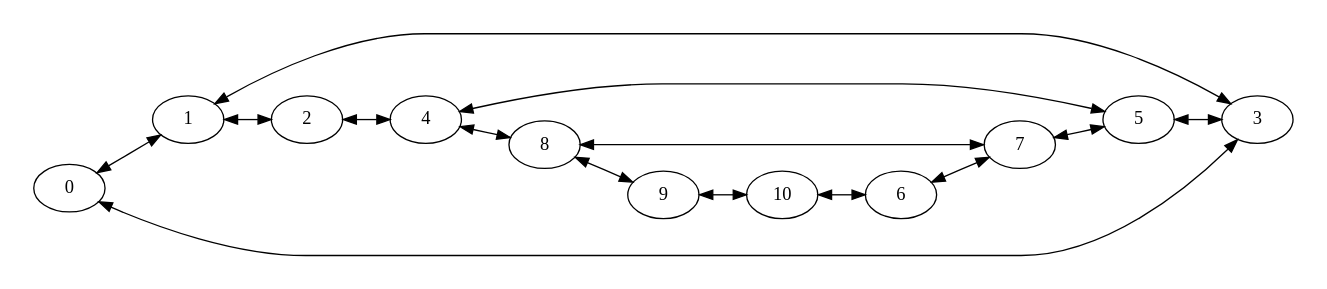
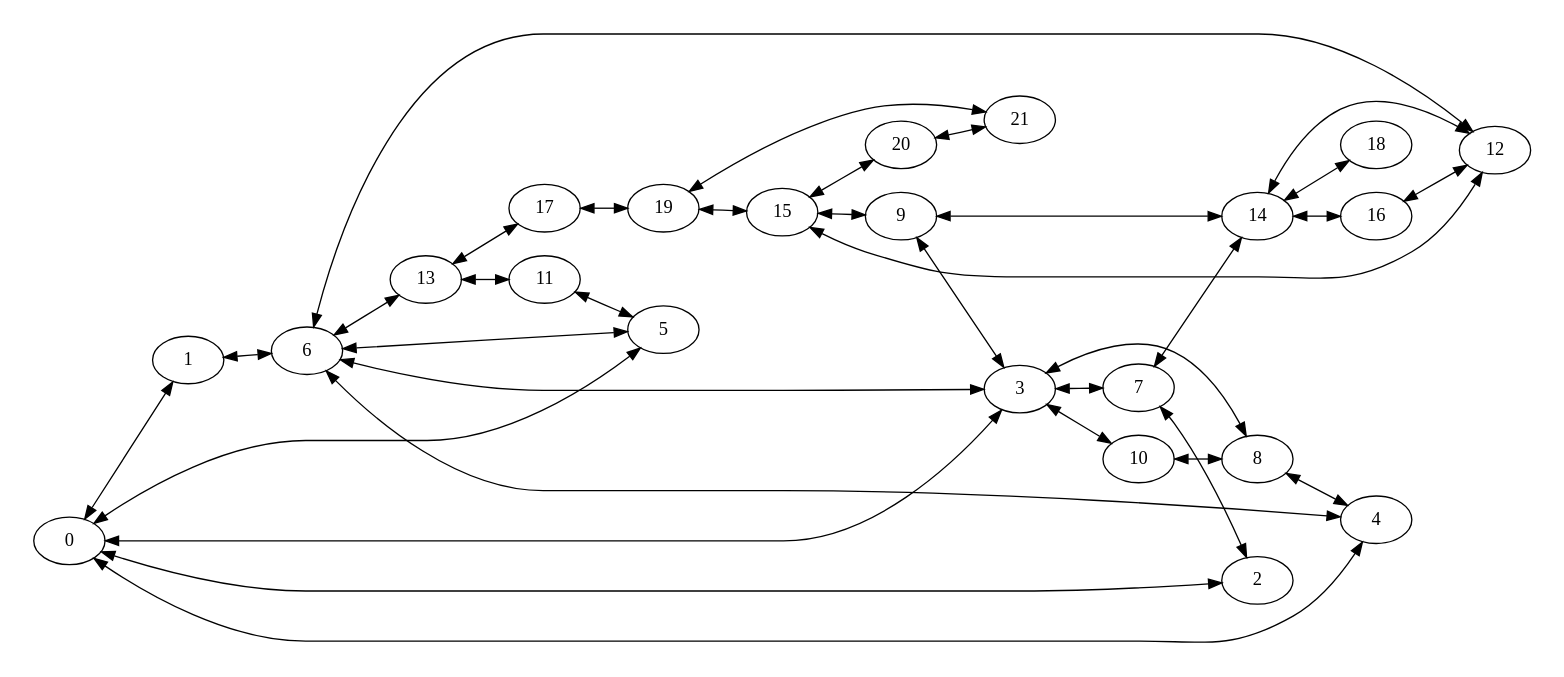
The diagram in Prototipo/grafo.dot (brunnerklueger/bitmatrix), drawn with Graphviz before and after one commit. The commit also changed 119 other files, not shown here.

```diff
--- a/Prototipo/grafo.dot
+++ b/Prototipo/grafo.dot
@@ -1,62 +1,142 @@
 digraph 1 {
 graph[fontname="CourierNew";rankdir="LR";pad="0.25"]
 node[fontname="CourierNew" target="_parent"]
 edge[fontname="CourierNew"]
 concentrate=true
 0->1
 
+0->2
+
 0->3
+
+0->4
+
+0->5
 
 1->0
 
-1->2
+1->6
 
-1->3
+2->0
 
-2->1
-
-2->4
+2->7
 
 3->0
 
-3->1
+3->6
 
-3->5
+3->7
 
-4->2
+3->8
 
-4->5
+3->9
+
+3->10
+
+4->0
+
+4->6
 
 4->8
 
-5->3
+5->0
 
-5->4
+5->6
 
-5->7
+5->11
 
-6->7
+6->1
 
-6->10
+6->3
 
-7->5
+6->4
 
-7->6
+6->5
 
-7->8
+6->12
+
+6->13
+
+7->2
+
+7->3
+
+7->14
+
+8->3
 
 8->4
 
-8->7
+8->10
 
-8->9
+9->3
 
-9->8
+9->14
 
-9->10
+9->15
 
-10->6
+10->3
 
-10->9
+10->8
+
+11->5
+
+11->13
+
+12->6
+
+12->14
+
+12->15
+
+12->16
+
+13->6
+
+13->11
+
+13->17
+
+14->7
+
+14->9
+
+14->12
+
+14->16
+
+14->18
+
+15->9
+
+15->12
+
+15->19
+
+15->20
+
+16->12
+
+16->14
+
+17->13
+
+17->19
+
+18->14
+
+19->15
+
+19->17
+
+19->21
+
+20->15
+
+20->21
+
+21->19
+
+21->20
 
 }
```
